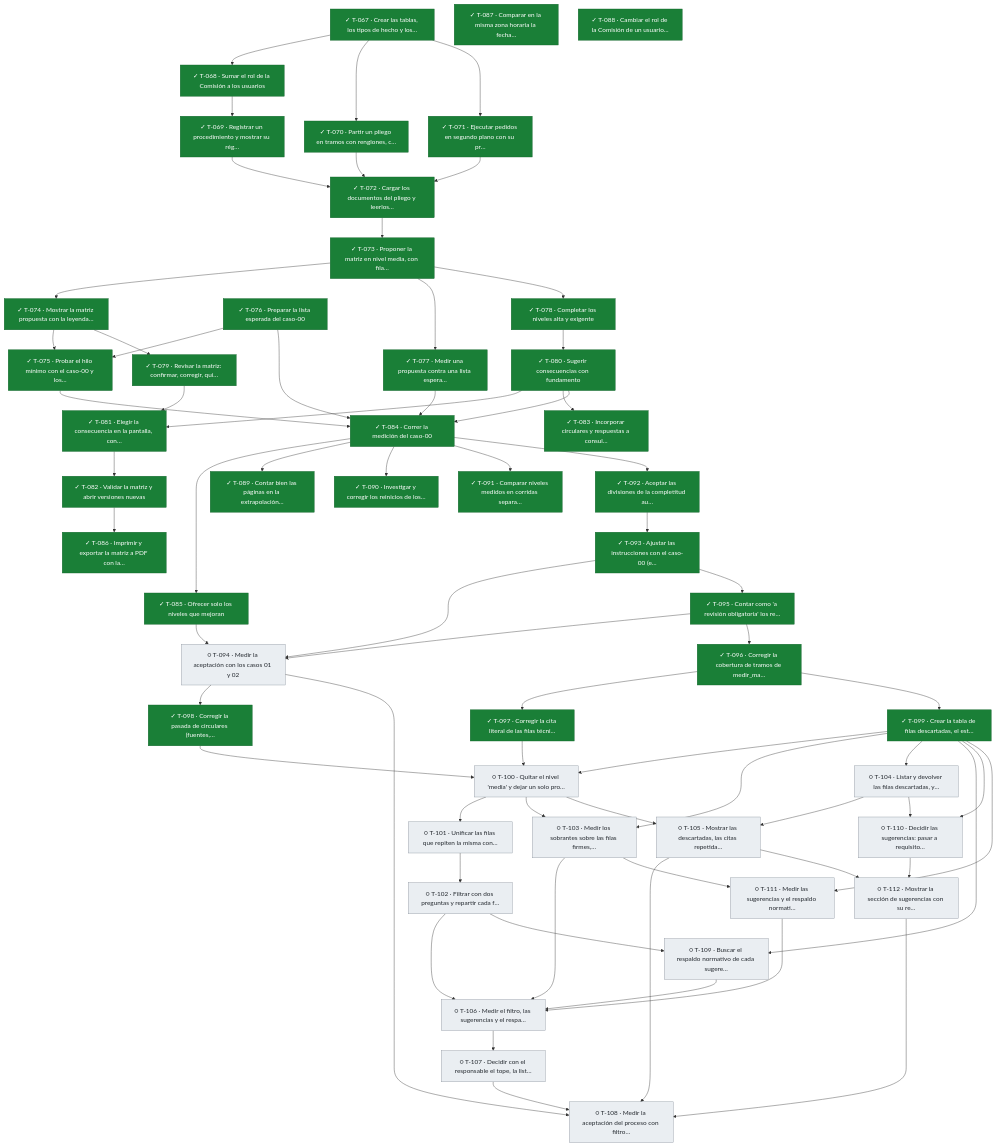
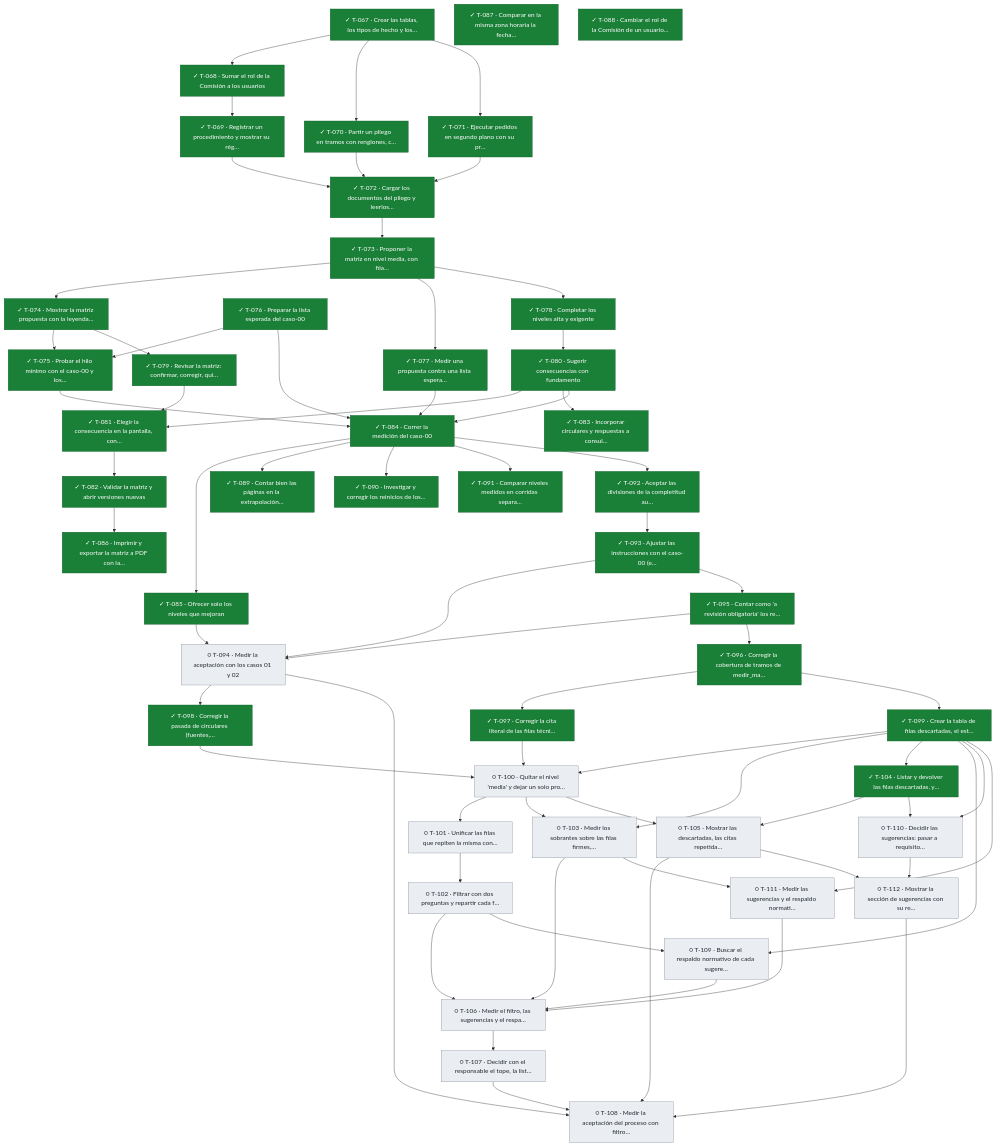
Before and after one commit to snavello/EVALUON: the fifth of 5 diagrams in docs/tablero.md, drawn with Mermaid. The commit also changed other lines of this file and 1 other file, not shown here.

```diff
--- a/docs/tablero.md
+++ b/docs/tablero.md
@@ -461,7 +461,7 @@
   T101["○ T-101 · Unificar las filas que repiten la misma con…"]:::todo
   T102["○ T-102 · Filtrar con dos preguntas y repartir cada f…"]:::todo
   T103["○ T-103 · Medir los sobrantes sobre las filas firmes,…"]:::todo
-  T104["○ T-104 · Listar y devolver las filas descartadas, y…"]:::todo
+  T104["✓ T-104 · Listar y devolver las filas descartadas, y…"]:::done
   T105["○ T-105 · Mostrar las descartadas, las citas repetida…"]:::todo
   T106["○ T-106 · Medir el filtro, las sugerencias y el respa…"]:::todo
   T107["○ T-107 · Decidir con el responsable el tope, la list…"]:::todo
```
